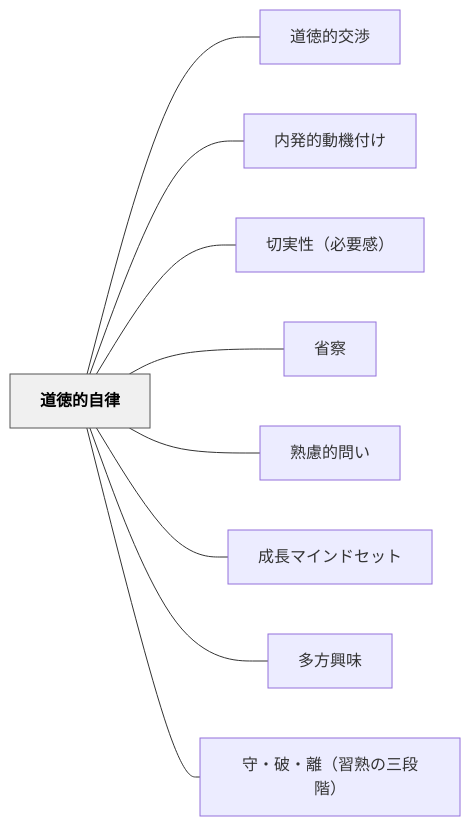
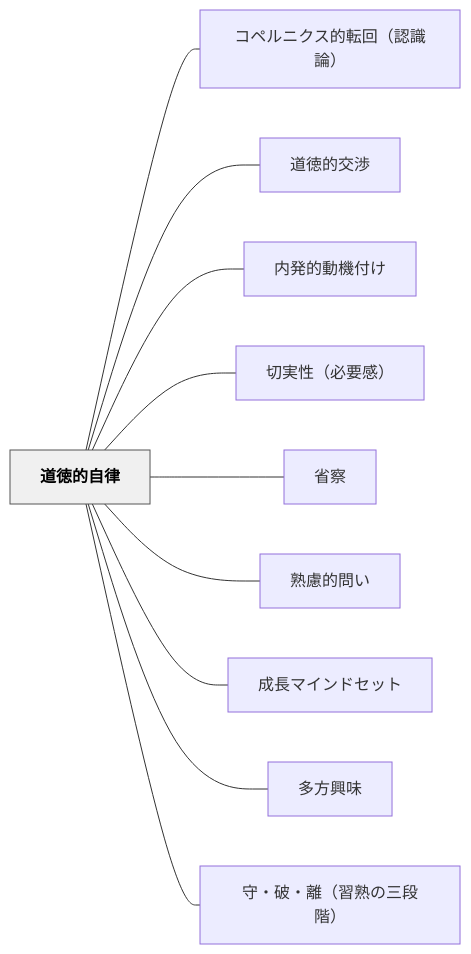
Before and after one commit to unknownthings-ed-patterns/unknownthings-ed-patterns: the diagram in content/パタン/道徳的自律.md, drawn with Mermaid. The commit also changed other lines of this file and 18 other files, not shown here.

````diff
--- a/content/パタン/道徳的自律.md
+++ b/content/パタン/道徳的自律.md
@@ -97,24 +103,26 @@
 ```mermaid
 flowchart LR
     ne98193e5beb3e79a84e887aae5be8b["道徳的自律"]
+    ne382b3e3839ae383abe3838be382afe382b9e79a84e8bba2e59b9eefbc88e8aa8de8ad98e8ab96efbc89["コペルニクス的転回（認識論）"]
     ne98193e5beb3e79a84e4baa4e6b889["道徳的交渉"]
     ne58685e799bae79a84e58b95e6a99fe4bb98e38191["内発的動機付け"]
     ne58887e5ae9fe680a7efbc88e5bf85e8a681e6849fefbc89["切実性（必要感）"]
     ne79c81e5af9f["省察"]
     ne7869fe685aee79a84e5958fe38184["熟慮的問い"]
     ne68890e995b7e3839ee382a4e383b3e38389e382bbe38383e38388["成長マインドセット"]
     ne5a49ae696b9e88888e591b3["多方興味"]
     ne5ae88e383bbe7a0b4e383bbe99ba2efbc88e7bf92e7869fe381aee4b889e6aeb5e99a8eefbc89["守・破・離（習熟の三段階）"]
 
+    ne98193e5beb3e79a84e887aae5be8b --- ne382b3e3839ae383abe3838be382afe382b9e79a84e8bba2e59b9eefbc88e8aa8de8ad98e8ab96efbc89
     ne98193e5beb3e79a84e887aae5be8b --- ne98193e5beb3e79a84e4baa4e6b889
     ne98193e5beb3e79a84e887aae5be8b --- ne58685e799bae79a84e58b95e6a99fe4bb98e38191
     ne98193e5beb3e79a84e887aae5be8b --- ne58887e5ae9fe680a7efbc88e5bf85e8a681e6849fefbc89
     ne98193e5beb3e79a84e887aae5be8b --- ne79c81e5af9f
     ne98193e5beb3e79a84e887aae5be8b --- ne7869fe685aee79a84e5958fe38184
     ne98193e5beb3e79a84e887aae5be8b --- ne68890e995b7e3839ee382a4e383b3e38389e382bbe38383e38388
     ne98193e5beb3e79a84e887aae5be8b --- ne5a49ae696b9e88888e591b3
     ne98193e5beb3e79a84e887aae5be8b --- ne5ae88e383bbe7a0b4e383bbe99ba2efbc88e7bf92e7869fe381aee4b889e6aeb5e99a8eefbc89
 
     classDef hub fill:#f0f0f0,stroke:#555,color:#000,font-weight:bold
     class ne98193e5beb3e79a84e887aae5be8b hub
 ```
````
